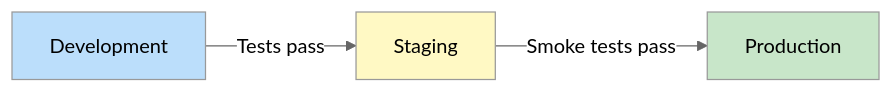
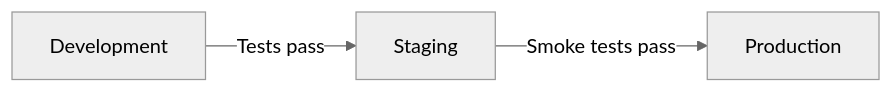
Before and after one commit to shivam-g-mishra/blog: the tenth of 10 diagrams in docs/cicd/deployment-strategies.md, drawn with Mermaid. The commit also changed other lines of this file and 23 other files, not shown here.

First line of the commit message:
fix: improve Mermaid diagram visibility in dark mode

````diff
--- a/docs/cicd/deployment-strategies.md
+++ b/docs/cicd/deployment-strategies.md
@@ -1011,10 +969,6 @@
 ```mermaid
 %%{init: {'theme': 'neutral'}}%%
 flowchart LR
     DEV[Development] --> |"Tests pass"| STAGING[Staging]
     STAGING --> |"Smoke tests pass"| PROD[Production]
-    
-    style DEV fill:#bbdefb
-    style STAGING fill:#fff9c4
-    style PROD fill:#c8e6c9
 ```
````
